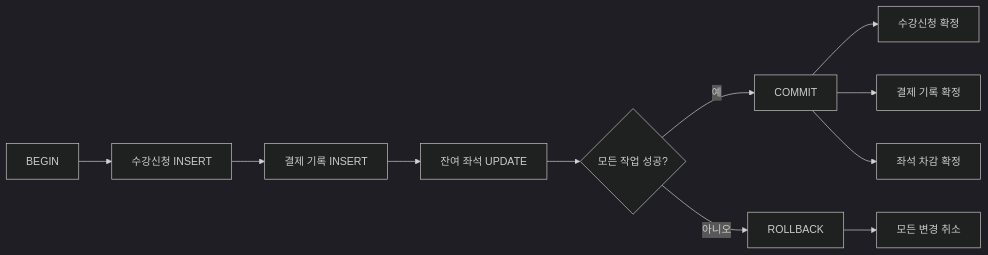
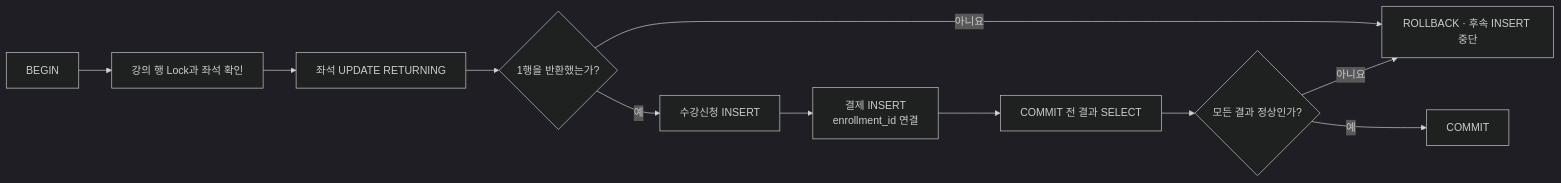
The diagram in images/chapter09/ch09_05_enrollment_payment_transaction.mmd (GilbertMoon/ai-database-book), drawn with Mermaid (dark theme) before and after one commit.

Commit message:
Simplify Chapter 09 enrollment transaction Mermaid

```diff
--- a/images/chapter09/ch09_05_enrollment_payment_transaction.mmd
+++ b/images/chapter09/ch09_05_enrollment_payment_transaction.mmd
@@ -1,15 +1,11 @@
 flowchart LR
-    A[BEGIN]
-    A --> B[수강신청 INSERT]
-    B --> C[결제 기록 INSERT]
-    C --> D[잔여 좌석 UPDATE]
-    D --> E{모든 작업 성공?}
-
-    E -- 예 --> F[COMMIT]
-    E -- 아니오 --> G[ROLLBACK]
-
-    F --> H[수강신청 확정]
-    F --> I[결제 기록 확정]
-    F --> J[좌석 차감 확정]
-
-    G --> K[모든 변경 취소]
+    A[BEGIN] --> B[강의 행 Lock과 좌석 확인]
+    B --> C[좌석 UPDATE RETURNING]
+    C --> D{1행을 반환했는가?}
+    D -- 아니요 --> I[ROLLBACK · 후속 INSERT 중단]
+    D -- 예 --> E[수강신청 INSERT]
+    E --> F[결제 INSERT<br/>enrollment_id 연결]
+    F --> G[COMMIT 전 결과 SELECT]
+    G --> H{모든 결과 정상인가?}
+    H -- 예 --> J[COMMIT]
+    H -- 아니요 --> I
```
